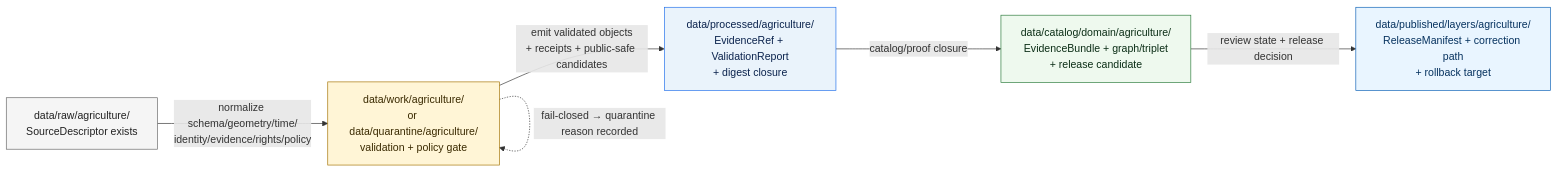
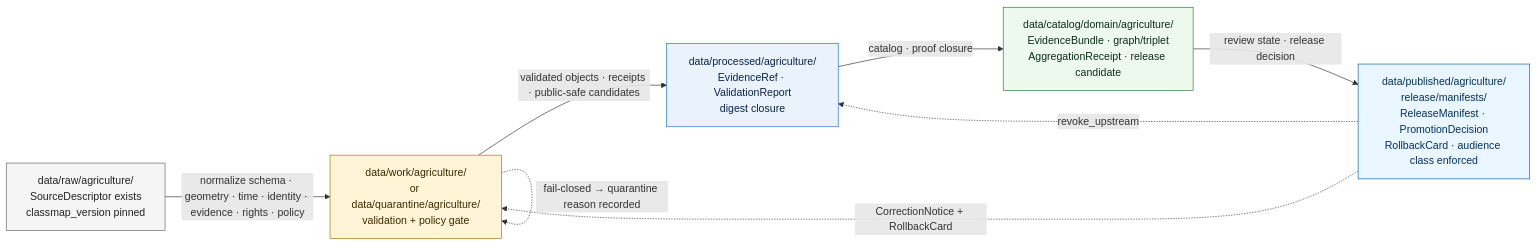
One commit to bartytime4life/Kansas-Frontier-Matrix changed the second of 2 diagrams in docs/domains/agriculture/CONTINUITY_INVENTORY.md. Above: the diagram before and after it, drawn with Mermaid. The commit also changed other lines of this file, not shown here.

````diff
--- a/docs/domains/agriculture/CONTINUITY_INVENTORY.md
+++ b/docs/domains/agriculture/CONTINUITY_INVENTORY.md
@@ -339,20 +464,22 @@
 ```mermaid
 flowchart LR
-    RAW["data/raw/agriculture/<br/>SourceDescriptor exists"]:::raw
+    RAW["data/raw/agriculture/<br/>SourceDescriptor exists<br/>classmap_version pinned"]:::raw
     WORK["data/work/agriculture/<br/>or data/quarantine/agriculture/<br/>validation + policy gate"]:::work
-    PROC["data/processed/agriculture/<br/>EvidenceRef + ValidationReport<br/>+ digest closure"]:::proc
-    CAT["data/catalog/domain/agriculture/<br/>EvidenceBundle + graph/triplet<br/>+ release candidate"]:::cat
-    PUB["data/published/layers/agriculture/<br/>ReleaseManifest + correction path<br/>+ rollback target"]:::pub
+    PROC["data/processed/agriculture/<br/>EvidenceRef · ValidationReport<br/>digest closure"]:::proc
+    CAT["data/catalog/domain/agriculture/<br/>EvidenceBundle · graph/triplet<br/>AggregationReceipt · release candidate"]:::cat
+    PUB["data/published/agriculture/<br/>release/manifests/<br/>ReleaseManifest · PromotionDecision<br/>RollbackCard · audience class enforced"]:::pub
 
-    RAW -->|"normalize schema/geometry/time/<br/>identity/evidence/rights/policy"| WORK
-    WORK -->|"emit validated objects<br/>+ receipts + public-safe candidates"| PROC
-    PROC -->|"catalog/proof closure"| CAT
-    CAT -->|"review state + release decision"| PUB
+    RAW -->|"normalize schema · geometry · time · identity · evidence · rights · policy"| WORK
+    WORK -->|"validated objects · receipts · public-safe candidates"| PROC
+    PROC -->|"catalog · proof closure"| CAT
+    CAT -->|"review state · release decision"| PUB
     WORK -. "fail-closed → quarantine reason recorded" .-> WORK
+    PUB -. "CorrectionNotice + RollbackCard" .-> WORK
+    PUB -. "revoke_upstream" .-> PROC
 
     classDef raw fill:#f5f5f5,stroke:#666,color:#222;
     classDef work fill:#fff5d6,stroke:#a47200,color:#3a2a00;
     classDef proc fill:#eaf3fb,stroke:#1f6feb,color:#0b234d;
     classDef cat fill:#eef9ee,stroke:#2a7a3a,color:#0b2e16;
     classDef pub fill:#e9f5ff,stroke:#0a5fb5,color:#06325f;
 ```
````
